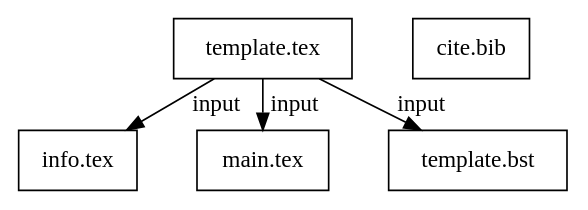
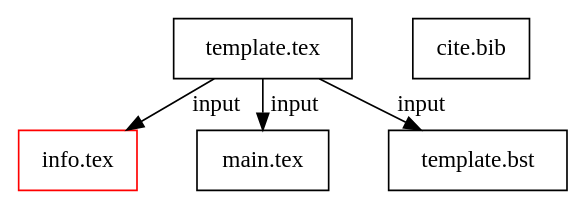
The diagram in texTemplate.org (bwtian/texTemplate), drawn with Graphviz before and after one commit. The commit also changed other lines of this file and 1 other file, not shown here.

Commit message:
/ ‘texTemplate.org’ / ‘texTemplate.svg’

```diff
--- a/texTemplate.org
+++ b/texTemplate.org
@@ -4,21 +4,21 @@
 #+BEGIN_SRC dot :file ./texTemplate.svg 
 digraph { 
 fontname="Times"; 
 fontsize = 12; 
 splines = false; 
 ranksep = 0.2; 
 nodesep = 0.5; 
 node [shape = box] 
 //1. set node 
 temp [label = "template.tex"]
-info [label = "info.tex", col = red]
+info [label = "info.tex", color = red]
 main [label = "main.tex"]
 bib [label = "cite.bib"]
 bst [label = "template.bst"]
 //2. set path 
 temp -> {info,main,bst} [label = input]
 
 //3. set rank 
 
 }
 #+END_SRC
```
